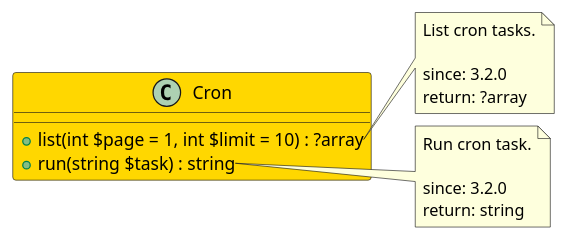
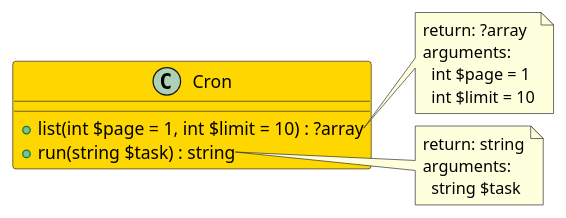
Before and after one commit to joomengine/gitea: the diagram in src/6e1a6731-2587-4ad5-8e70-ca83eba65ee0/README.md, drawn with PlantUML. The commit also changed 370 other files, not shown here.

````diff
--- a/src/6e1a6731-2587-4ad5-8e70-ca83eba65ee0/README.md
+++ b/src/6e1a6731-2587-4ad5-8e70-ca83eba65ee0/README.md
@@ -6,24 +6,23 @@
 ```uml
 @startuml
 
-class Cron  #Gold {
+class Cron #Gold {
   + list(int $page = 1, int $limit = 10) : ?array
   + run(string $task) : string
 }
 
 note right of Cron::list
-  List cron tasks.
-
-  since: 3.2.0
   return: ?array
+  arguments:
+    int $page = 1
+    int $limit = 10
 end note
 
 note right of Cron::run
-  Run cron task.
-
-  since: 3.2.0
   return: string
+  arguments:
+    string $task
 end note
 
 @enduml
 ```
````
